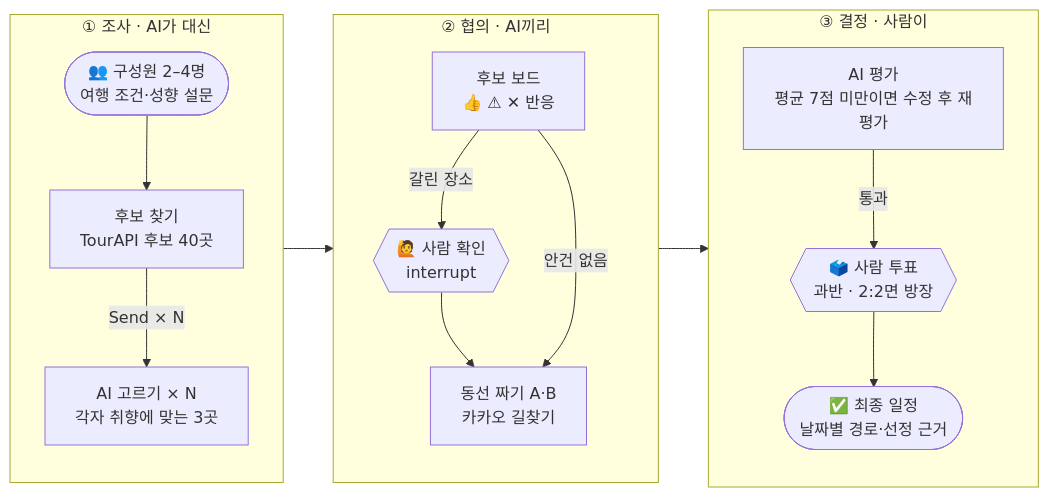
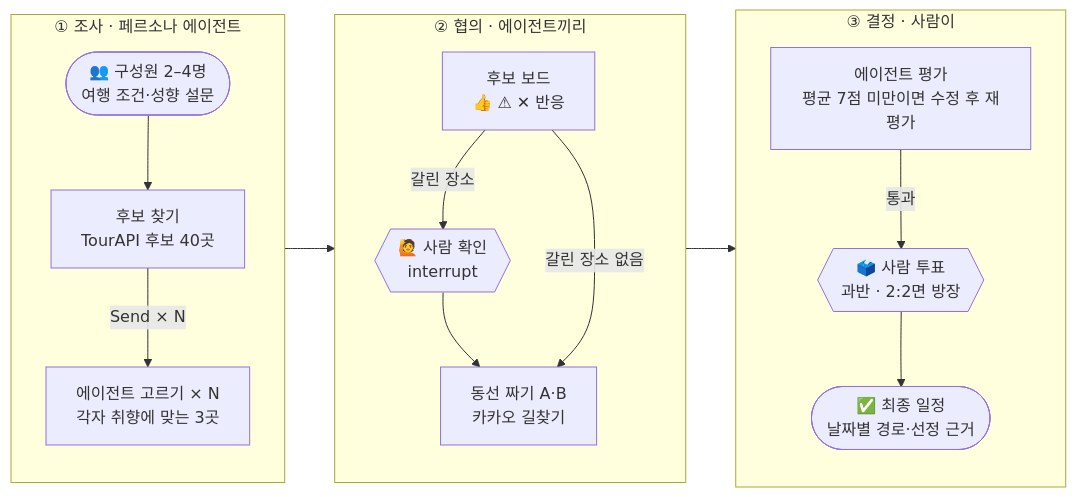
One commit to gokimkh123/J-ourney changed the diagram in README.md. Above: the diagram before and after it, drawn with Mermaid. The commit also changed other lines of this file and 29 other files, not shown here.

````diff
--- a/README.md
+++ b/README.md
@@ -74,20 +74,20 @@
 ```mermaid
 flowchart LR
-    subgraph S1["① 조사 · AI가 대신"]
+    subgraph S1["① 조사 · 페르소나 에이전트"]
         direction TB
         IN(["👥 구성원 2–4명<br/>여행 조건·성향 설문"]) --> FIND["후보 찾기<br/>TourAPI 후보 40곳"]
-        FIND -->|"Send × N"| PICK["AI 고르기 × N<br/>각자 취향에 맞는 3곳"]
+        FIND -->|"Send × N"| PICK["에이전트 고르기 × N<br/>각자 취향에 맞는 3곳"]
     end
-    subgraph S2["② 협의 · AI끼리"]
+    subgraph S2["② 협의 · 에이전트끼리"]
         direction TB
         BOARD["후보 보드<br/>👍 ⚠ ✕ 반응"] -->|"갈린 장소"| REVIEW{{"🙋 사람 확인<br/>interrupt"}}
         REVIEW --> PLAN["동선 짜기 A·B<br/>카카오 길찾기"]
-        BOARD -->|"안건 없음"| PLAN
+        BOARD -->|"갈린 장소 없음"| PLAN
     end
     subgraph S3["③ 결정 · 사람이"]
         direction TB
-        EVAL["AI 평가<br/>평균 7점 미만이면 수정 후 재평가"] -->|"통과"| VOTE{{"🗳️ 사람 투표<br/>과반 · 2:2면 방장"}}
+        EVAL["에이전트 평가<br/>평균 7점 미만이면 수정 후 재평가"] -->|"통과"| VOTE{{"🗳️ 사람 투표<br/>과반 · 2:2면 방장"}}
         VOTE --> DONE(["✅ 최종 일정<br/>날짜별 경로·선정 근거"])
     end
     S1 --> S2 --> S3
 ```
````
